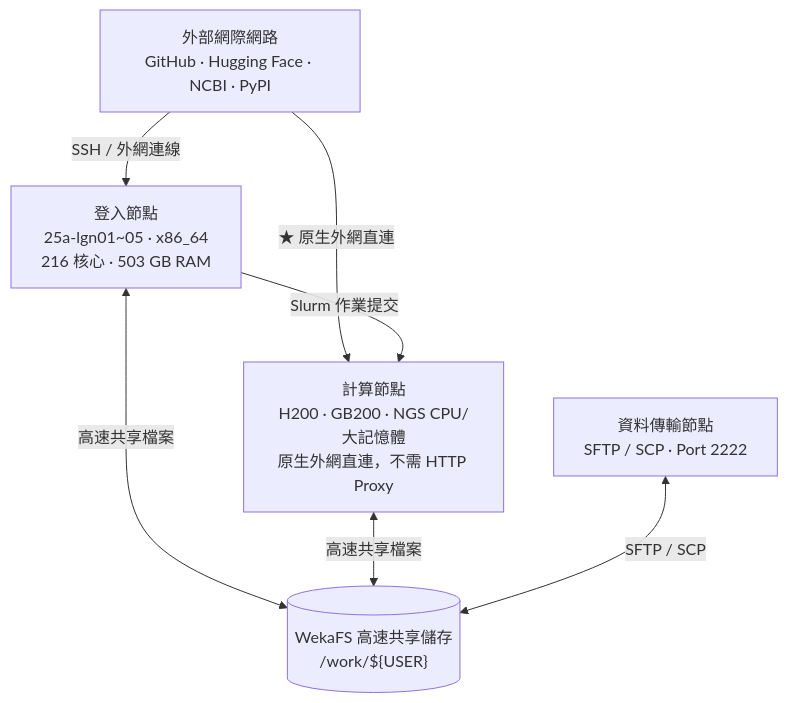
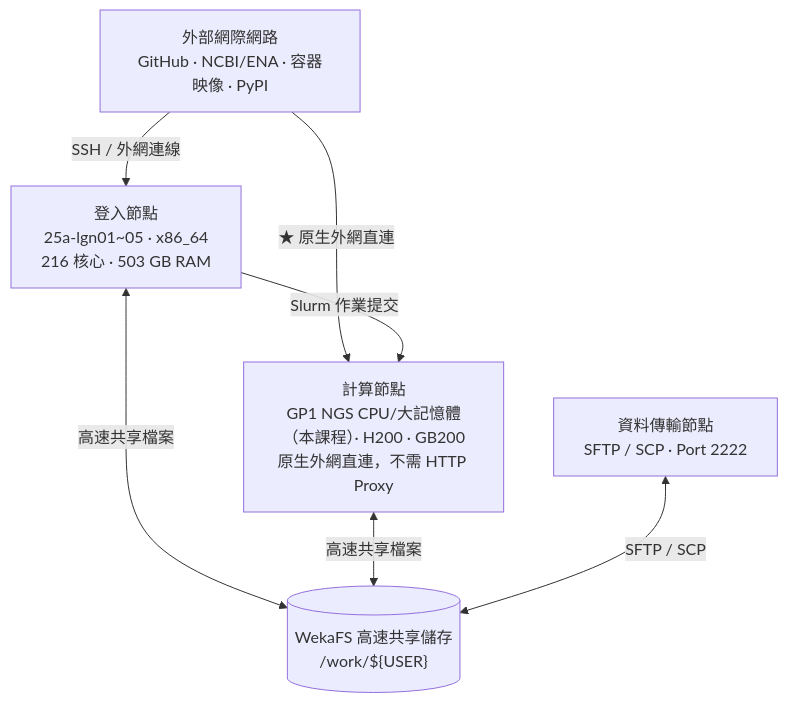
One commit to gemini960114/Nano4-Docs changed the second of 2 diagrams in README.md. Above: the diagram before and after it, drawn with Mermaid. The commit also changed other lines of this file and 97 other files, not shown here.

````diff
--- a/README.md
+++ b/README.md
@@ -79,15 +83,15 @@
 ```mermaid
 flowchart TB
-    internet["外部網際網路<br/>GitHub · Hugging Face · NCBI · PyPI"]
+    internet["外部網際網路<br/>GitHub · NCBI/ENA · 容器映像 · PyPI"]
     login["登入節點<br/>25a-lgn01~05 · x86_64<br/>216 核心 · 503 GB RAM"]
-    compute["計算節點<br/>H200 · GB200 · NGS CPU/大記憶體<br/>原生外網直連，不需 HTTP Proxy"]
+    compute["計算節點<br/>GP1 NGS CPU/大記憶體（本課程）· H200 · GB200<br/>原生外網直連，不需 HTTP Proxy"]
     weka[("WekaFS 高速共享儲存<br/>/work/${USER}")]
     dtn["資料傳輸節點<br/>SFTP / SCP · Port 2222"]
 
     internet -->|SSH / 外網連線| login
     internet -->|★ 原生外網直連| compute
     login -->|Slurm 作業提交| compute
     login <-->|高速共享檔案| weka
     compute <-->|高速共享檔案| weka
     dtn <-->|SFTP / SCP| weka
 ```
````
